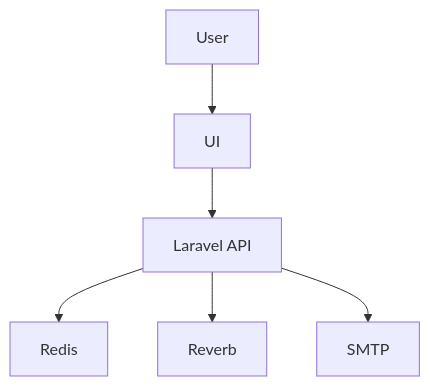
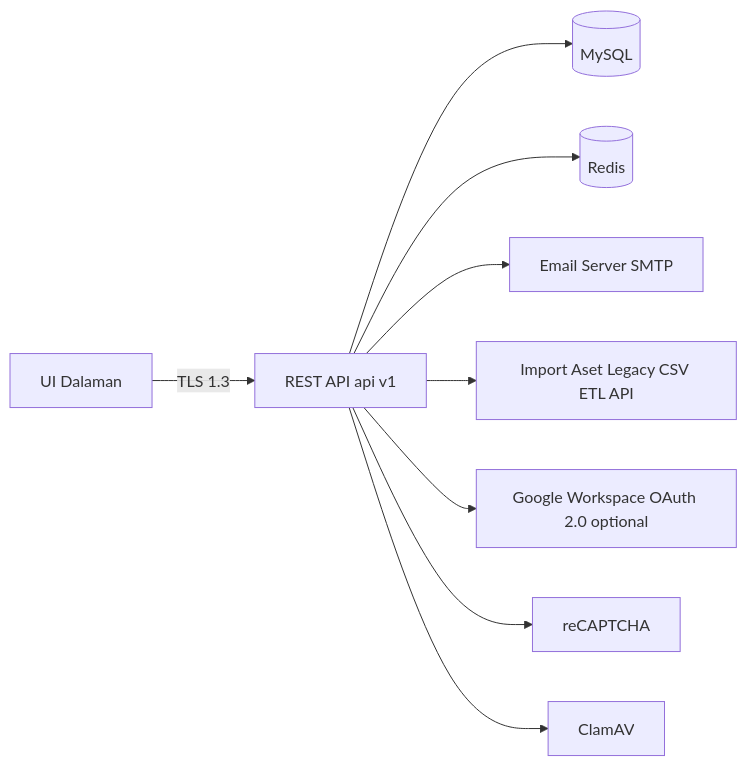
Before and after one commit to IzzatFirdaus/ictserve-031125: the second of 2 diagrams in D08_DOKUMEN_SPESIFIKASI_INTEGRASI_SISTEM_ictserve_3.6.1.md, drawn with Mermaid. The commit also changed other lines of this file and 12 other files, not shown here.

````diff
--- a/D08_DOKUMEN_SPESIFIKASI_INTEGRASI_SISTEM_ictserve_3.6.1.md
+++ b/D08_DOKUMEN_SPESIFIKASI_INTEGRASI_SISTEM_ictserve_3.6.1.md
@@ -60,8 +289,11 @@
 ```mermaid
-graph TD
-    User --> UI[UI]
-    UI --> API[Laravel API]
-    API --> Queue[Redis]
-    API --> WS[Reverb]
-    API --> Mail[SMTP]
+flowchart LR
+    UI[UI Dalaman] -->|TLS 1.3| API[REST API api v1]
+    API --> DB[(MySQL)]
+    API --> R[(Redis)]
+    API --> SMTP[Email Server SMTP]
+    API --> LEG[Import Aset Legacy CSV ETL API]
+    API --> OAUTH[Google Workspace OAuth 2.0 optional]
+    API --> RC[reCAPTCHA]
+    API --> AV[ClamAV]
 ```
````
